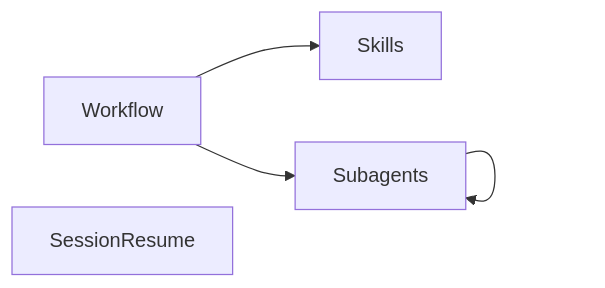
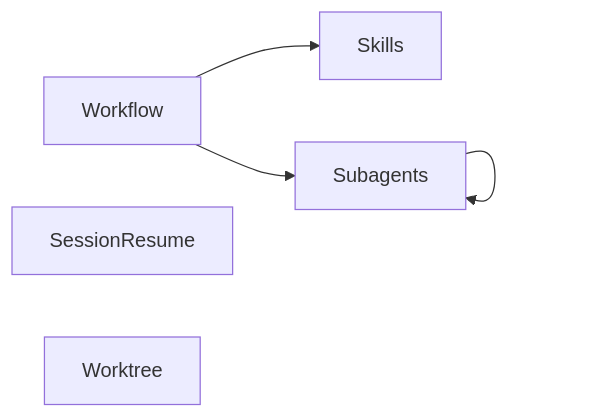
One commit to alennartz/my-pi changed the first of 2 diagrams in codemap.md. Above: the diagram before and after it, drawn with Mermaid. The commit also changed other lines of this file and 7 other files, not shown here.

````diff
--- a/codemap.md
+++ b/codemap.md
@@ -7,7 +7,8 @@
 ```mermaid
 graph LR
   Workflow --> Skills
   Workflow --> Subagents
   Subagents --> Subagents
   SessionResume
+  Worktree
 ```
````
